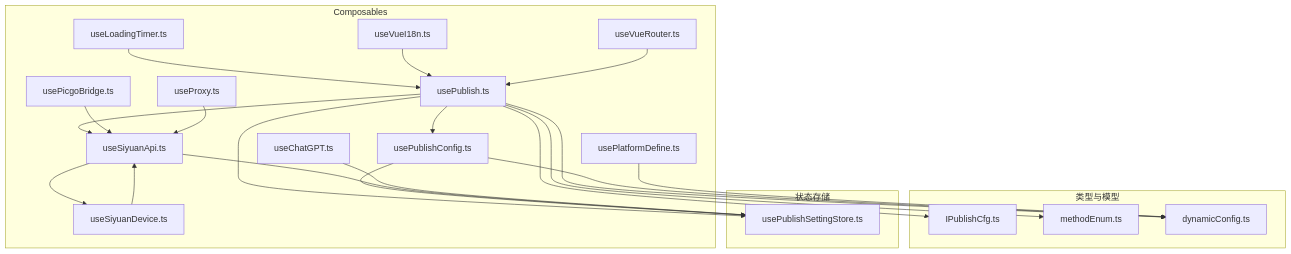
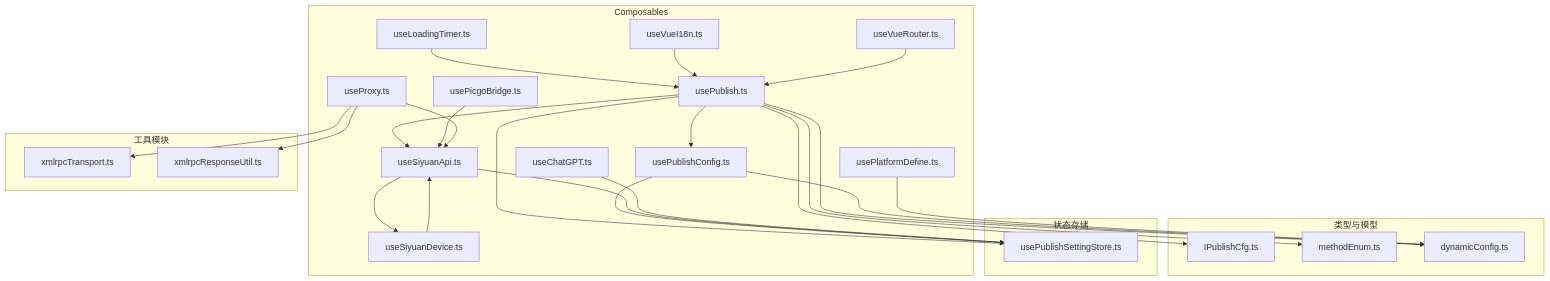
The first of 6 diagrams in .qoder/repowiki/zh/content/API参考文档/Composables API/Composables API.md (terwer/siyuan-plugin-publisher), drawn with Mermaid before and after one commit. The commit also changed other lines of this file and 15 other files, not shown here.

First line of the commit message:
refactor(proxy): redesign form upload transport to unified top-level architecture

````diff
--- a/.qoder/repowiki/zh/content/API参考文档/Composables API/Composables API.md
+++ b/.qoder/repowiki/zh/content/API参考文档/Composables API/Composables API.md
@@ -42,42 +45,48 @@
 ```mermaid
 graph TB
 subgraph "Composables"
 A["usePublish.ts"]
 B["usePublishConfig.ts"]
 C["useSiyuanApi.ts"]
 D["useChatGPT.ts"]
 E["usePicgoBridge.ts"]
 F["usePlatformDefine.ts"]
 G["useProxy.ts"]
 H["useLoadingTimer.ts"]
 I["useVueI18n.ts"]
 J["useVueRouter.ts"]
 K["useSiyuanDevice.ts"]
+end
+subgraph "工具模块"
+UT["xmlrpcTransport.ts"]
+UR["xmlrpcResponseUtil.ts"]
 end
 subgraph "类型与模型"
 T1["IPublishCfg.ts"]
 T2["methodEnum.ts"]
 T3["dynamicConfig.ts"]
 end
 subgraph "状态存储"
 S1["usePublishSettingStore.ts"]
 end
 A --> B
 A --> C
 A --> S1
 A --> T1
 A --> T2
 A --> T3
 B --> S1
 B --> T3
 C --> S1
 C --> K
 D --> S1
 E --> C
 F --> T3
 G --> C
+G --> UT
+G --> UR
 H --> A
 I --> A
 J --> A
 K --> C
 ```
````
